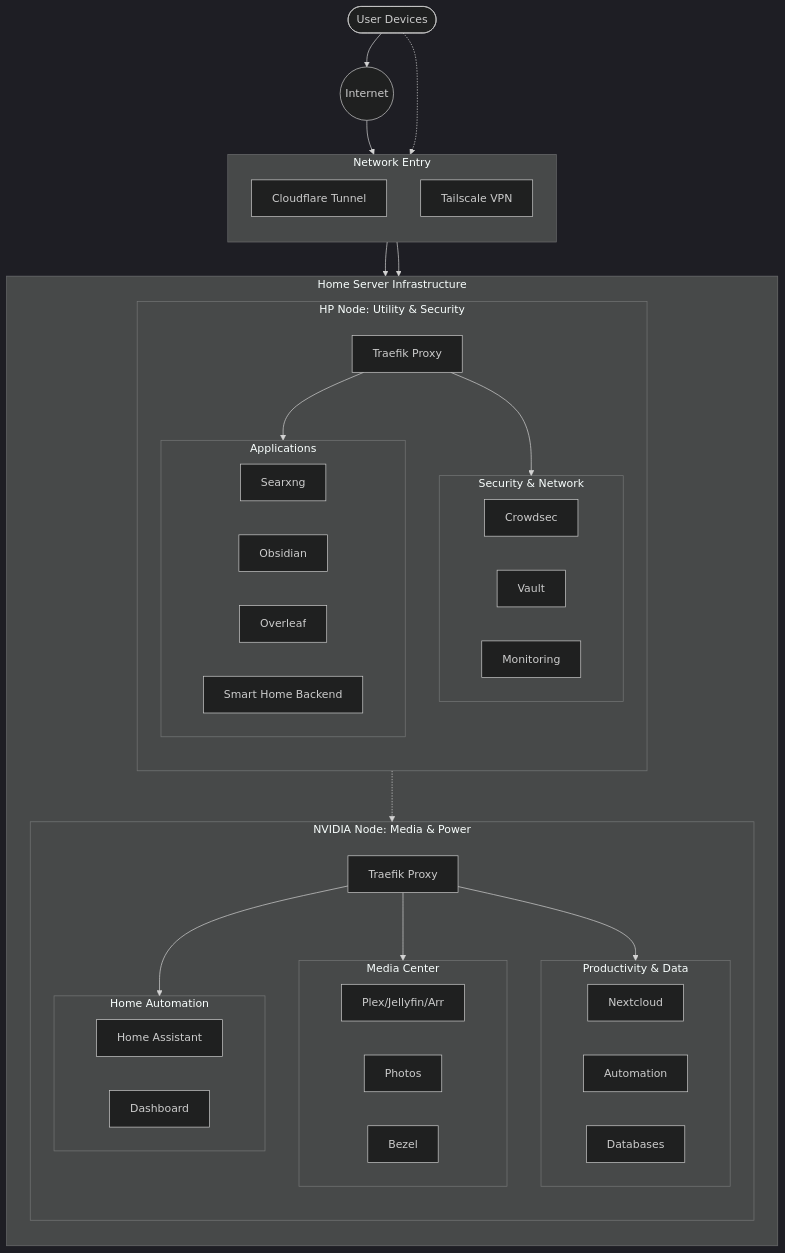
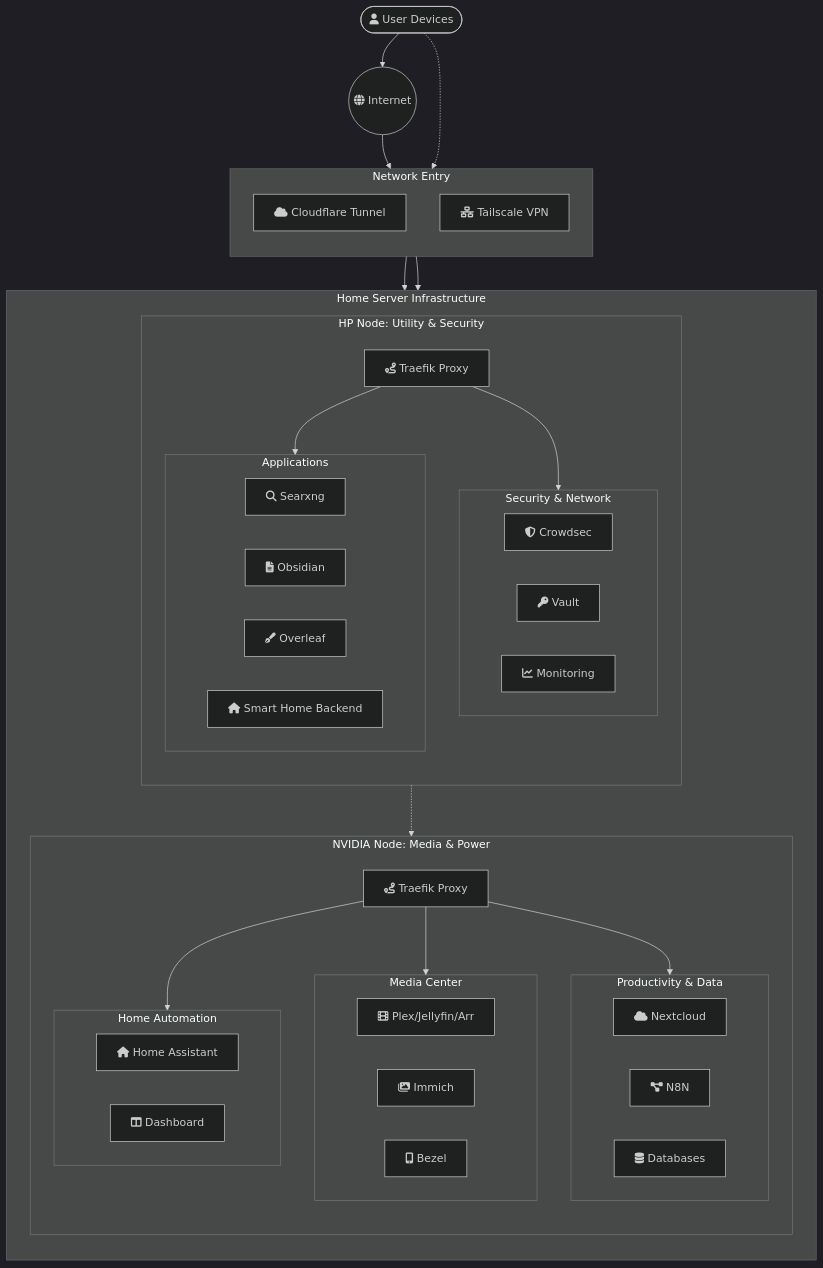
Before and after one commit to pratikngupta/portfolio: the diagram in data/projects/home-server/index.md, drawn with Mermaid (dark theme). The commit also changed 5 other files, not shown here.

````diff
--- a/data/projects/home-server/index.md
+++ b/data/projects/home-server/index.md
@@ -23,74 +23,74 @@
 ```mermaid
 graph TB
     %% External Access
-    User([User Devices])
-    Internet((Internet))
+    User([fa:fa-user User Devices])
+    Internet((fa:fa-globe Internet))
 
     subgraph Gateways [Network Entry]
         direction TB
-        Cloudflare[Cloudflare Tunnel]
-        Tailscale[Tailscale VPN]
+        Cloudflare[fa:fa-cloud Cloudflare Tunnel]
+        Tailscale[fa:fa-network-wired Tailscale VPN]
     end
 
     User --> Internet
     Internet --> Cloudflare
     User -.-> Tailscale
 
     subgraph HomeServer [Home Server Infrastructure]
         direction TB
 
         subgraph HP_Node [HP Node: Utility & Security]
             direction TB
-            Traefik_HP[Traefik Proxy]
+            Traefik_HP[fa:fa-route Traefik Proxy]
 
             subgraph Security [Security & Network]
-                Crowdsec
-                Vault
-                Monitoring_HP[Monitoring]
+                Crowdsec[fa:fa-shield-alt Crowdsec]
+                Vault[fa:fa-key Vault]
+                Monitoring_HP[fa:fa-chart-line Monitoring]
             end
 
             subgraph Apps_HP [Applications]
-                Searxng
-                Obsidian
-                Overleaf
-                SmartHome_HP[Smart Home Backend]
+                Searxng[fa:fa-search Searxng]
+                Obsidian[fa:fa-file-alt Obsidian]
+                Overleaf[fa:fa-pen-fancy Overleaf]
+                SmartHome_HP[fa:fa-home Smart Home Backend]
             end
         end
 
         subgraph NVIDIA_Node [NVIDIA Node: Media & Power]
             direction TB
-            Traefik_NV[Traefik Proxy]
+            Traefik_NV[fa:fa-route Traefik Proxy]
 
             subgraph Media [Media Center]
-                SmartMedia[Plex/Jellyfin/Arr]
-                Immich[Photos]
-                Bezel
+                SmartMedia[fa:fa-film Plex/Jellyfin/Arr]
+                Immich[fa:fa-images Immich]
+                Bezel[fa:fa-mobile-alt Bezel]
             end
 
             subgraph Productivity [Productivity & Data]
-                Nextcloud
-                N8N[Automation]
-                DB[Databases]
+                Nextcloud[fa:fa-cloud Nextcloud]
+                N8N[fa:fa-project-diagram N8N]
+                DB[fa:fa-database Databases]
             end
 
             subgraph HomeAuto [Home Automation]
-                HA[Home Assistant]
-                Dashboard
+                HA[fa:fa-home Home Assistant]
+                Dashboard[fa:fa-columns Dashboard]
             end
         end
     end
 
     %% Network Routing
     Cloudflare --> Traefik_HP
     Tailscale --> Traefik_NV
 
     Traefik_HP --> Security
     Traefik_HP --> Apps_HP
 
     Traefik_NV --> Media
     Traefik_NV --> Productivity
     Traefik_NV --> HomeAuto
 
     %% Cross-Server Communication (Conceptual)
     HP_Node -.-> NVIDIA_Node
 ```
````
